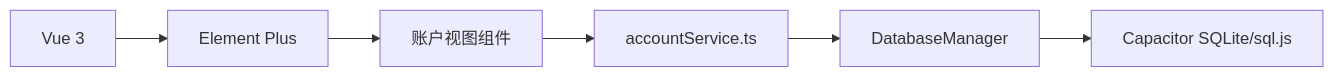
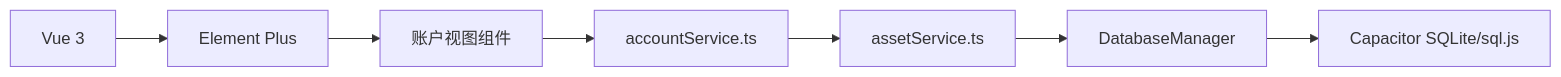
Diagram 12 of 12 in .qoder/repowiki/zh/content/账户管理/账户管理.md (xiao-lin-unit/yuan), drawn with Mermaid before and after one commit. The commit also changed other lines of this file and 17 other files, not shown here.

````diff
--- a/.qoder/repowiki/zh/content/账户管理/账户管理.md
+++ b/.qoder/repowiki/zh/content/账户管理/账户管理.md
@@ -385,8 +466,9 @@
 ```mermaid
 graph LR
 Vue["Vue 3"] --> ElementPlus["Element Plus"]
 ElementPlus --> Views["账户视图组件"]
 Views --> Services["accountService.ts"]
-Services --> DBMgr["DatabaseManager"]
+Services --> AssetService["assetService.ts"]
+AssetService --> DBMgr["DatabaseManager"]
 DBMgr --> SQLite["Capacitor SQLite/sql.js"]
 ```
````
